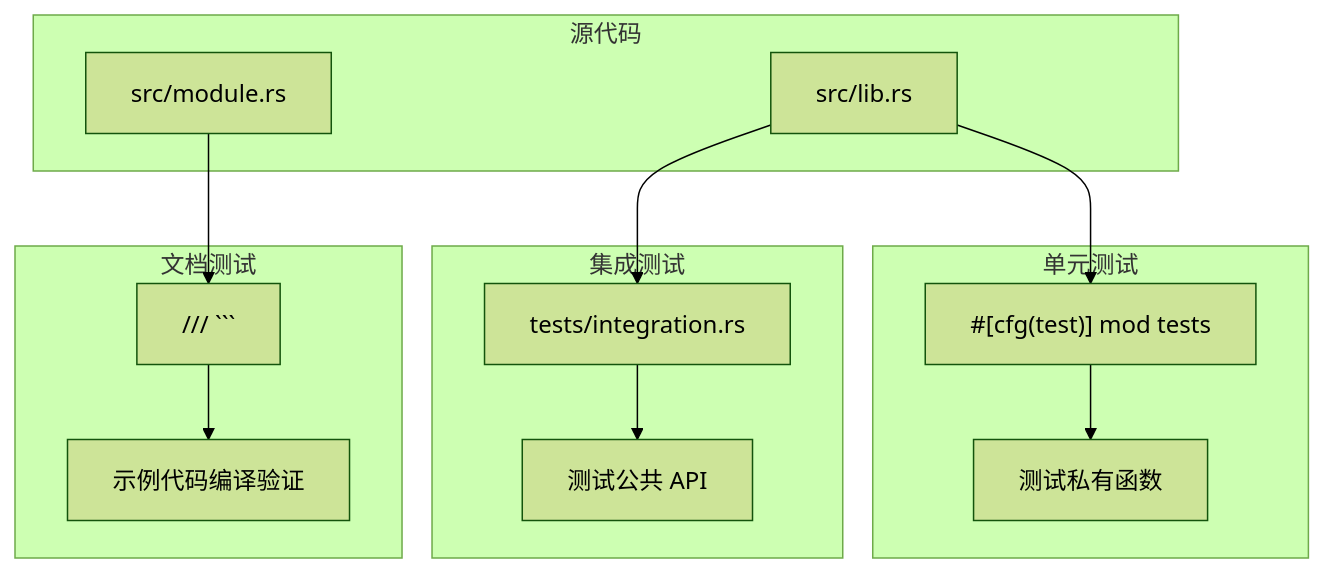
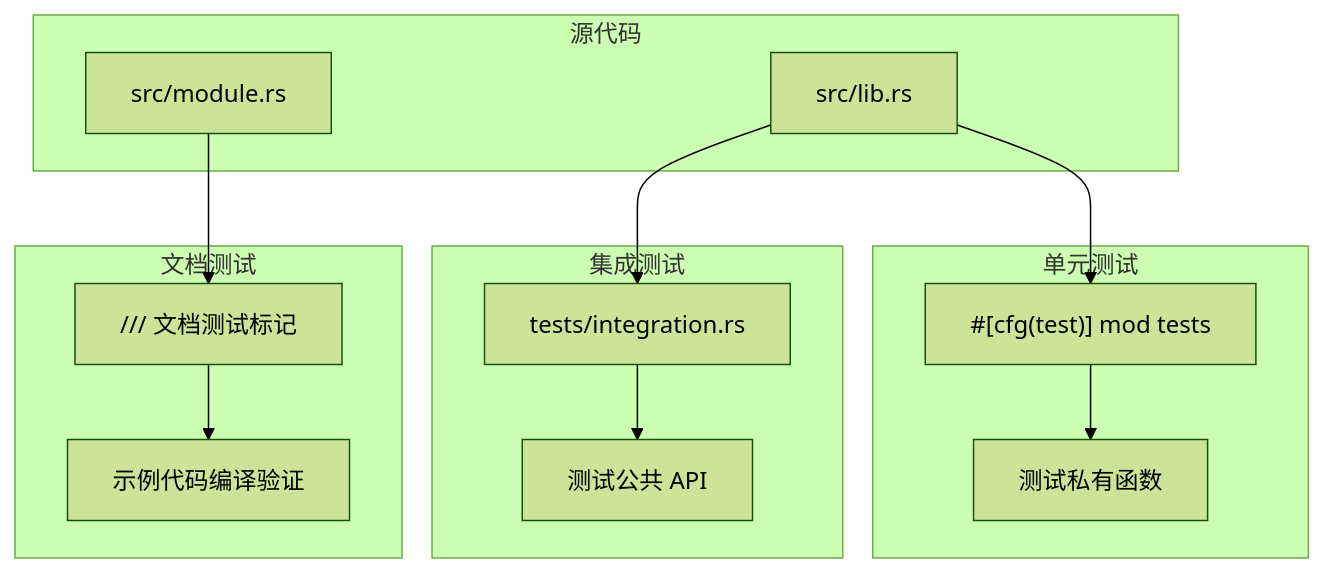
Before and after one commit to martin-ly/rust-lang: the first of 2 diagrams in concept/06_ecosystem/16_testing.md, drawn with Mermaid (forest theme). The commit also changed other lines of this file and 22 other files, not shown here.

````diff
--- a/concept/06_ecosystem/16_testing.md
+++ b/concept/06_ecosystem/16_testing.md
@@ -91,26 +103,26 @@
 ```mermaid
 graph TD
     subgraph Source["源代码"]
         LIB["src/lib.rs"]
         MOD["src/module.rs"]
     end
 
     subgraph UnitTests["单元测试"]
         U1["#[cfg(test)] mod tests"]
         U2["测试私有函数"]
     end
 
     subgraph IntegrationTests["集成测试"]
         I1["tests/integration.rs"]
         I2["测试公共 API"]
     end
 
     subgraph DocTests["文档测试"]
-        D1["/// ```"]
+        D1["/// 文档测试标记"]
         D2["示例代码编译验证"]
     end
 
     LIB --> U1 --> U2
     LIB --> I1 --> I2
     MOD --> D1 --> D2
 ```
````
